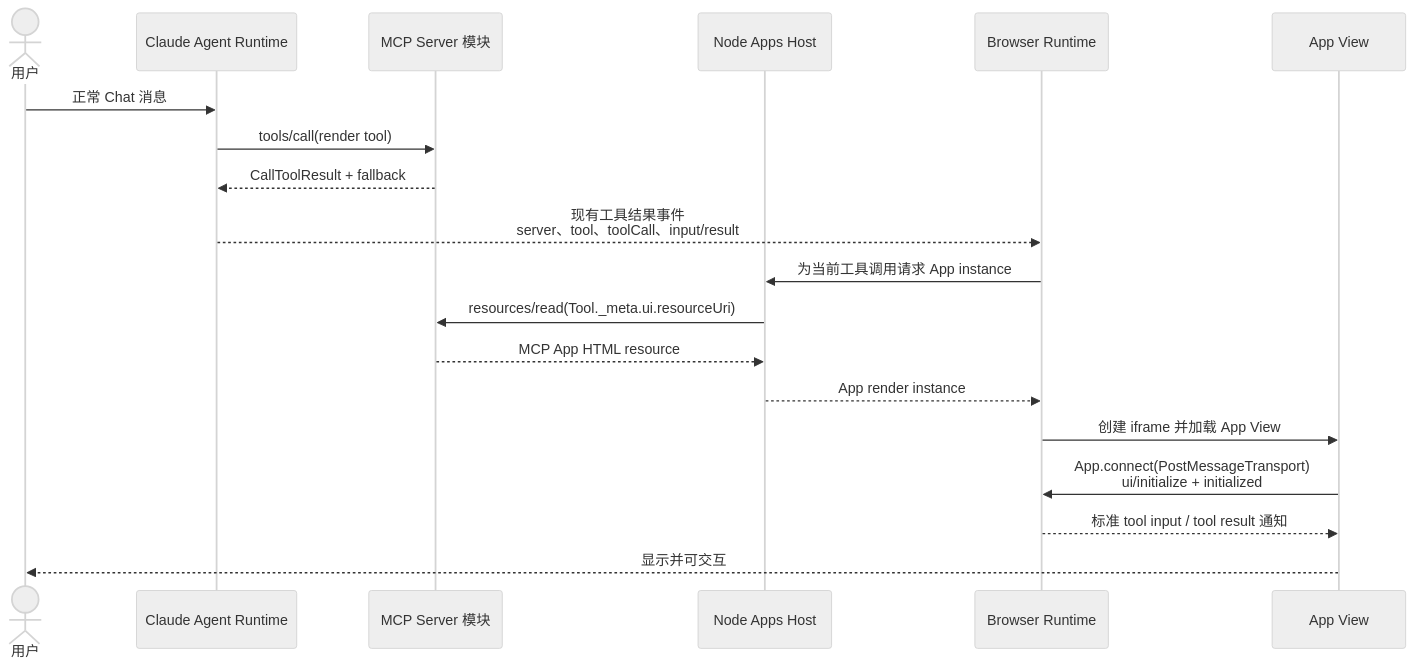
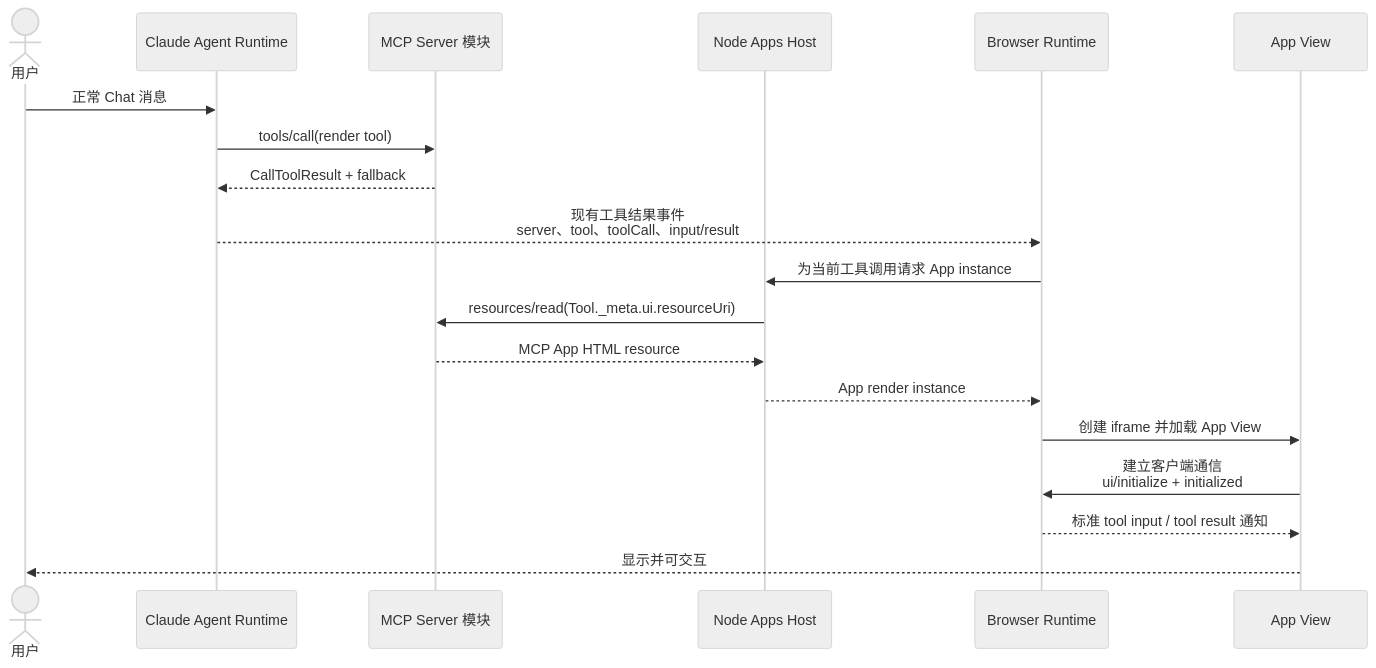
Before and after one commit to glide-the/im-dream: the second of 3 diagrams in docs/design/claude-agent/mcp-apps-integration-strategy.md, drawn with Mermaid (neutral theme). The commit also changed other lines of this file and 6 other files, not shown here.

````diff
--- a/docs/design/claude-agent/mcp-apps-integration-strategy.md
+++ b/docs/design/claude-agent/mcp-apps-integration-strategy.md
@@ -99,22 +97,22 @@
 ```mermaid
 sequenceDiagram
     actor U as 用户
     participant A as Claude Agent Runtime
     participant S as MCP Server 模块
     participant N as Node Apps Host
     participant B as Browser Runtime
     participant V as App View
 
     U->>A: 正常 Chat 消息
     A->>S: tools/call(render tool)
     S-->>A: CallToolResult + fallback
     A-->>B: 现有工具结果事件<br/>server、tool、toolCall、input/result
     B->>N: 为当前工具调用请求 App instance
     N->>S: resources/read(Tool._meta.ui.resourceUri)
     S-->>N: MCP App HTML resource
     N-->>B: App render instance
     B->>V: 创建 iframe 并加载 App View
-    V->>B: App.connect(PostMessageTransport)<br/>ui/initialize + initialized
+    V->>B: 建立客户端通信<br/>ui/initialize + initialized
     B-->>V: 标准 tool input / tool result 通知
     V-->>U: 显示并可交互
 ```
````
